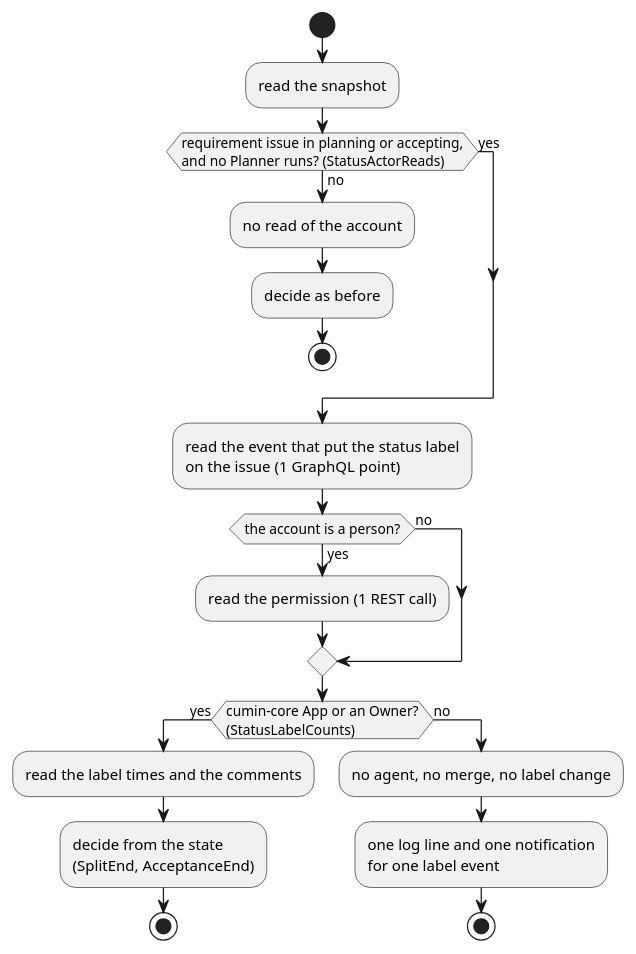
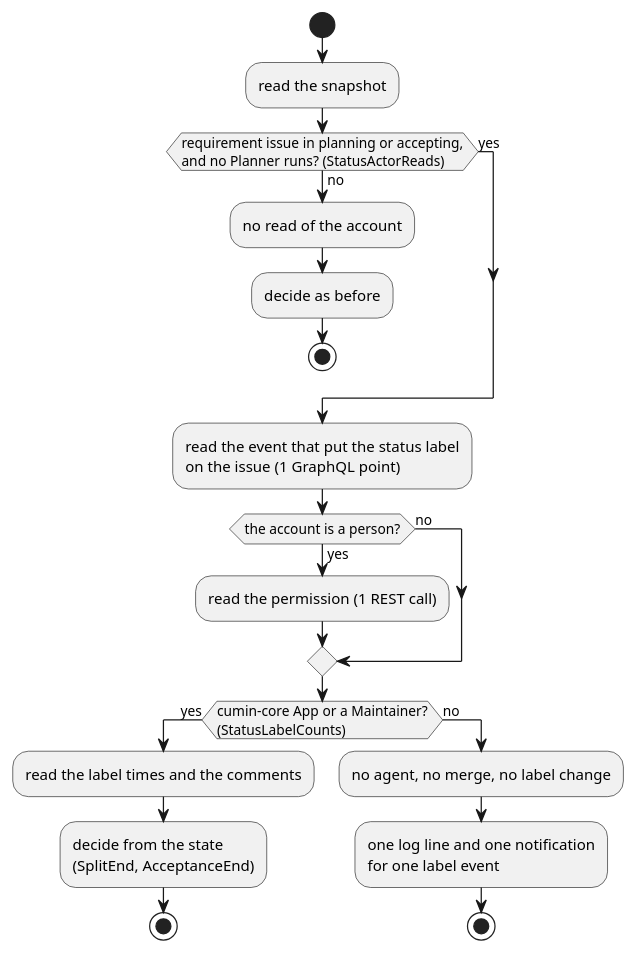
Before and after one commit to cloveclovedev/cumin-works: the diagram in docs/ja/designs/poll-status-actor.puml, drawn with PlantUML. The commit also changed 19 other files, not shown here.

```diff
--- a/docs/ja/designs/poll-status-actor.puml
+++ b/docs/ja/designs/poll-status-actor.puml
@@ -1,30 +1,30 @@
 @startuml poll-status-actor
 ' cumin works - the check of the account that added a status label.
 ' Document: poll.md, section on the account of a status label.
 ' Render: run scripts/render-diagrams.sh at the root of the repository.
 skinparam shadowing false
 skinparam defaultFontName sans-serif
 
 start
 :read the snapshot;
 if (requirement issue in planning or accepting,\nand no Planner runs? (StatusActorReads)) then (no)
   :no read of the account;
   :decide as before;
   stop
 else (yes)
 endif
 :read the event that put the status label\non the issue (1 GraphQL point);
 if (the account is a person?) then (yes)
   :read the permission (1 REST call);
 else (no)
 endif
-if (cumin-core App or an Owner?\n(StatusLabelCounts)) then (yes)
+if (cumin-core App or a Maintainer?\n(StatusLabelCounts)) then (yes)
   :read the label times and the comments;
   :decide from the state\n(SplitEnd, AcceptanceEnd);
   stop
 else (no)
   :no agent, no merge, no label change;
   :one log line and one notification\nfor one label event;
   stop
 endif
 @enduml
```
